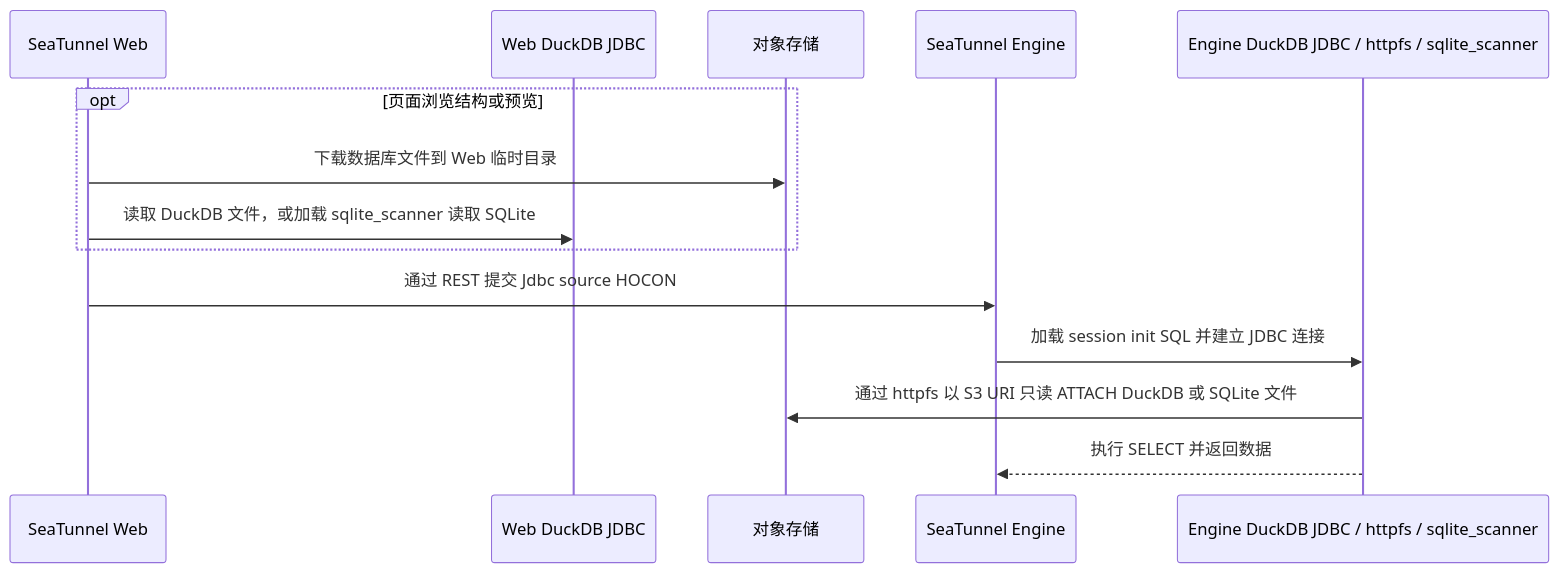
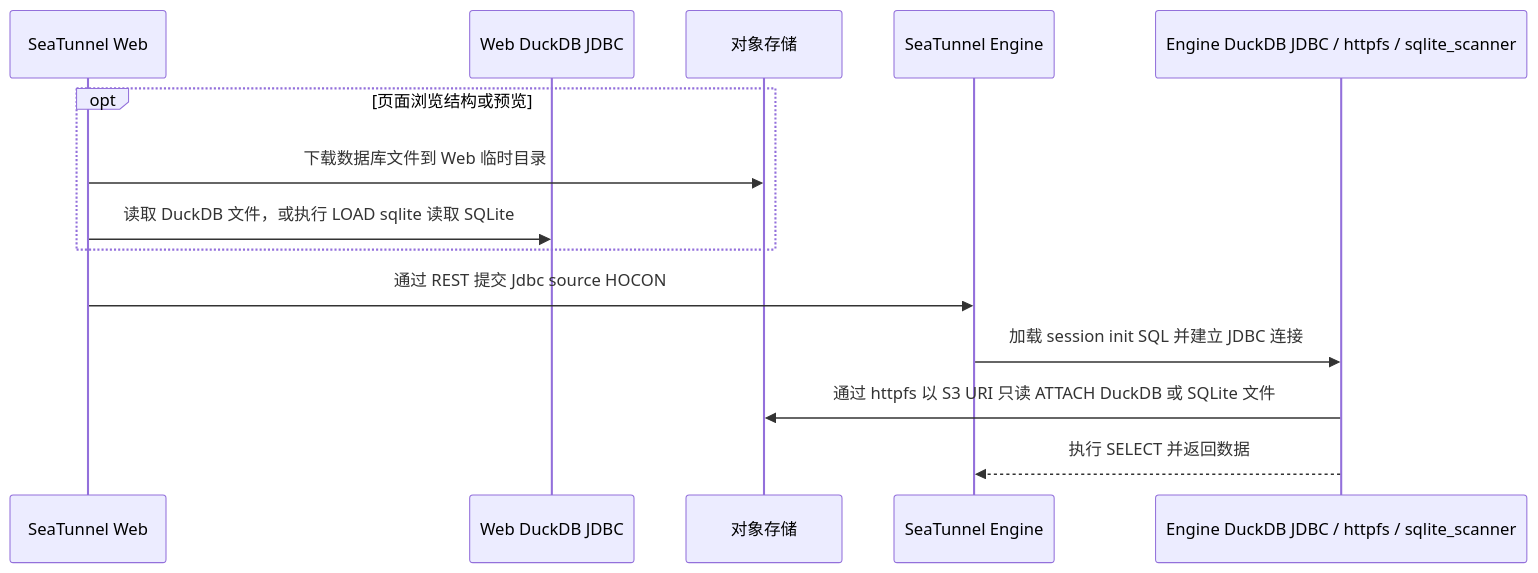
One commit to liuchang012463/seatunnel-web changed the diagram in architecture/DUCKDB_FILE_IMPORT_DESIGN.md. Above: the diagram before and after it, drawn with Mermaid. The commit also changed other lines of this file and 5 other files, not shown here.

````diff
--- a/architecture/DUCKDB_FILE_IMPORT_DESIGN.md
+++ b/architecture/DUCKDB_FILE_IMPORT_DESIGN.md
@@ -18,17 +18,17 @@
 ```mermaid
 sequenceDiagram
     participant Web as SeaTunnel Web
     participant WebDuckDB as Web DuckDB JDBC
     participant Store as 对象存储
     participant Engine as SeaTunnel Engine
     participant EngineDuckDB as Engine DuckDB JDBC / httpfs / sqlite_scanner
 
     opt 页面浏览结构或预览
         Web->>Store: 下载数据库文件到 Web 临时目录
-        Web->>WebDuckDB: 读取 DuckDB 文件，或加载 sqlite_scanner 读取 SQLite
+        Web->>WebDuckDB: 读取 DuckDB 文件，或执行 LOAD sqlite 读取 SQLite
     end
     Web->>Engine: 通过 REST 提交 Jdbc source HOCON
     Engine->>EngineDuckDB: 加载 session init SQL 并建立 JDBC 连接
     EngineDuckDB->>Store: 通过 httpfs 以 S3 URI 只读 ATTACH DuckDB 或 SQLite 文件
     EngineDuckDB-->>Engine: 执行 SELECT 并返回数据
 ```
````
